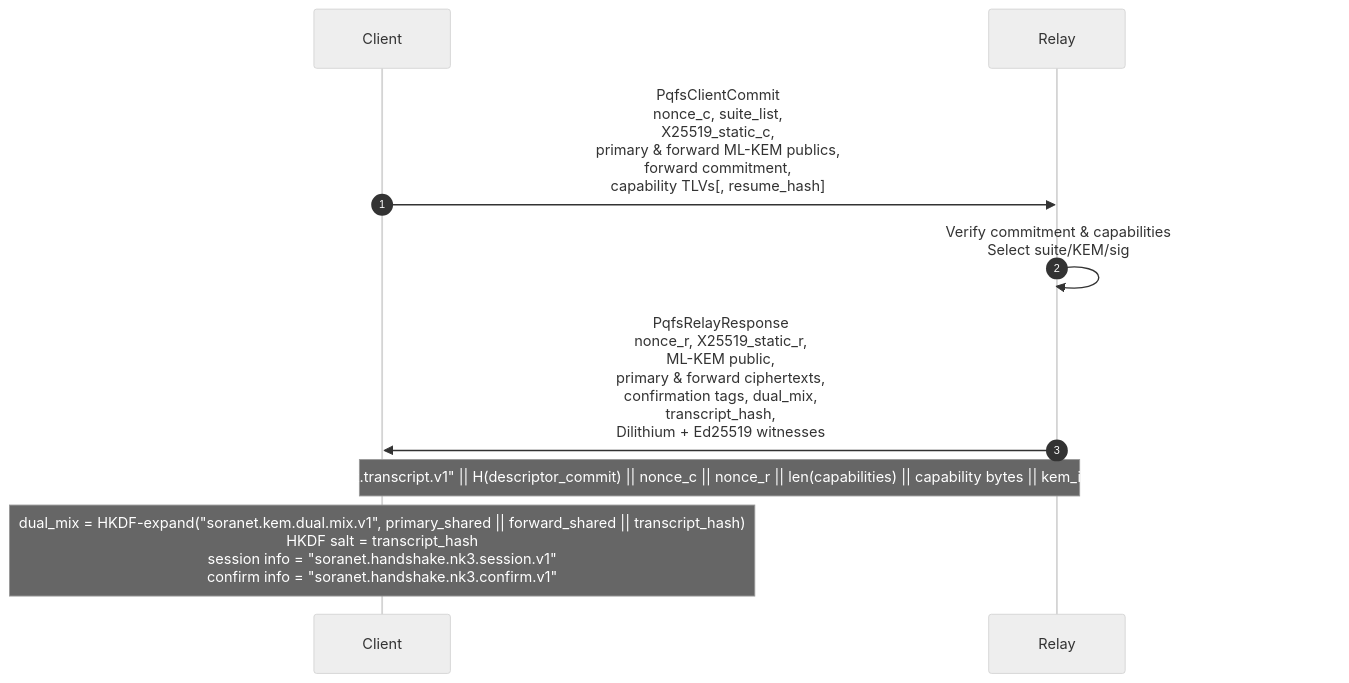
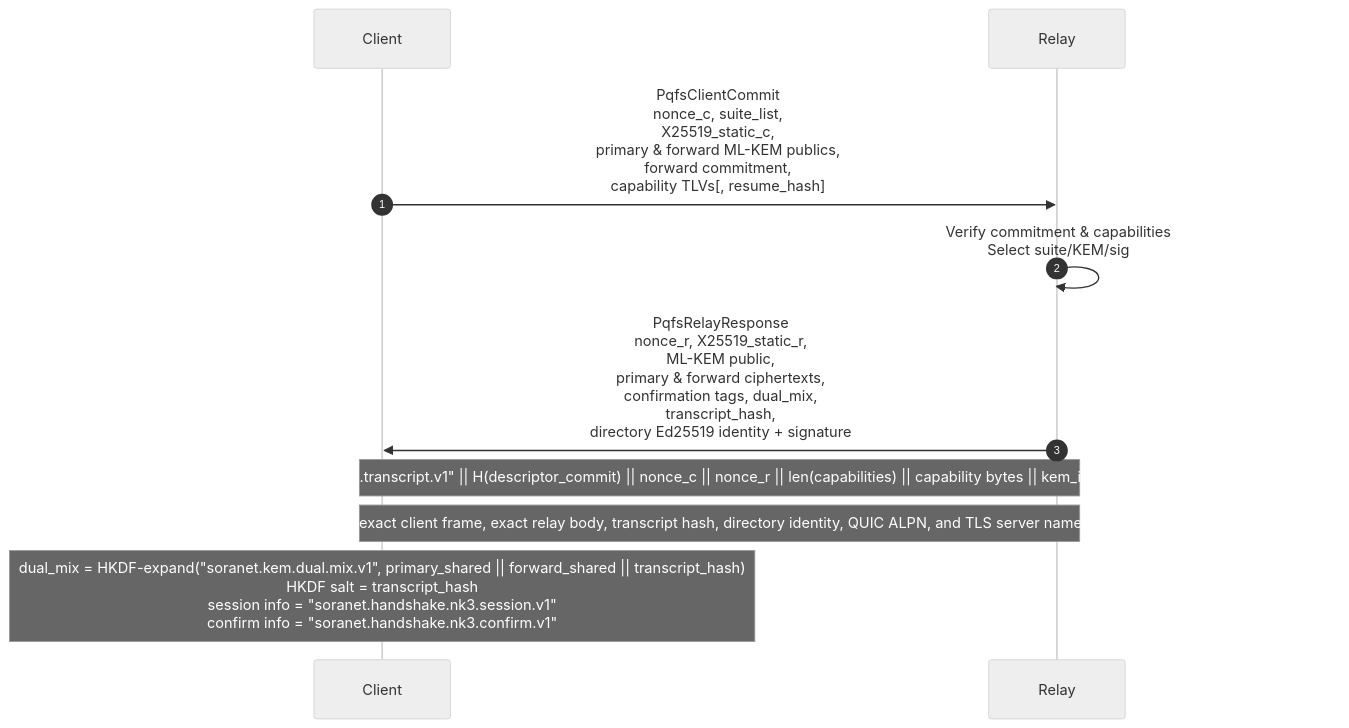
Before and after one commit to hyperledger-iroha/iroha: the second of 2 diagrams in specs/soranet_handshake.md, drawn with Mermaid (neutral theme). The commit also changed other lines of this file and 548 other files, not shown here.

````diff
--- a/specs/soranet_handshake.md
+++ b/specs/soranet_handshake.md
@@ -618,12 +619,13 @@
 ```mermaid
 sequenceDiagram
     autonumber
     participant C as Client
     participant R as Relay
 
     C->>R: PqfsClientCommit<br/>nonce_c, suite_list,<br/>X25519_static_c,<br/>primary & forward ML-KEM publics,<br/>forward commitment,<br/>capability TLVs[, resume_hash]
     R->>R: Verify commitment & capabilities<br/>Select suite/KEM/sig
-    R->>C: PqfsRelayResponse<br/>nonce_r, X25519_static_r,<br/>ML-KEM public,<br/>primary & forward ciphertexts,<br/>confirmation tags, dual_mix,<br/>transcript_hash,<br/>Dilithium + Ed25519 witnesses
+    R->>C: PqfsRelayResponse<br/>nonce_r, X25519_static_r,<br/>ML-KEM public,<br/>primary & forward ciphertexts,<br/>confirmation tags, dual_mix,<br/>transcript_hash,<br/>directory Ed25519 identity + signature
     Note over C,R: transcript_hash = SHA3-256("soranet.transcript.v1" || H(descriptor_commit) || nonce_c || nonce_r || len(capabilities) || capability bytes || kem_id || sig_id || suite_id || resume_hash?)
+    Note over C,R: relay_auth binds the exact client frame, exact relay body, transcript hash, directory identity, QUIC ALPN, and TLS server name with length prefixes
     Note over C: dual_mix = HKDF-expand("soranet.kem.dual.mix.v1", primary_shared || forward_shared || transcript_hash)<br/>HKDF salt = transcript_hash<br/>session info = "soranet.handshake.nk3.session.v1"<br/>confirm info = "soranet.handshake.nk3.confirm.v1"
 ```
````
